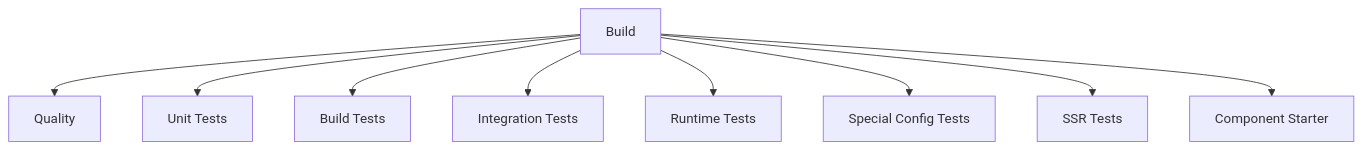
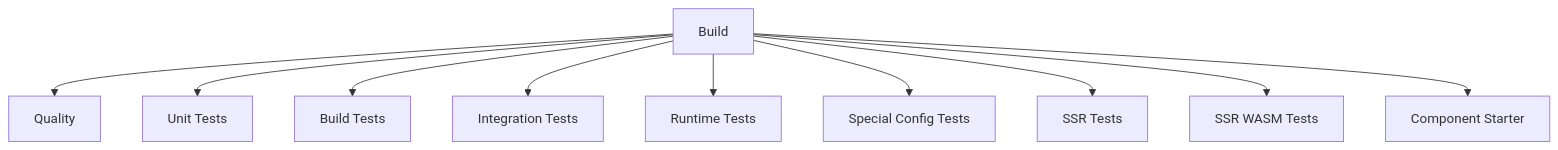
One commit to stenciljs/core changed the diagram in .github/workflows/README.md. Above: the diagram before and after it, drawn with Mermaid. The commit also changed other lines of this file and 10 other files, not shown here.

````diff
--- a/.github/workflows/README.md
+++ b/.github/workflows/README.md
@@ -11,13 +11,14 @@
 ```mermaid
 graph TD;
     build[Build]
 
     build --> quality[Quality]
     build --> unit[Unit Tests]
     build --> test-build[Build Tests]
     build --> test-integration[Integration Tests]
     build --> test-runtime[Runtime Tests]
     build --> test-special-config[Special Config Tests]
     build --> test-ssr[SSR Tests]
+    build --> test-ssr-wasm[SSR WASM Tests]
     build --> test-starter[Component Starter]
 ```
````
